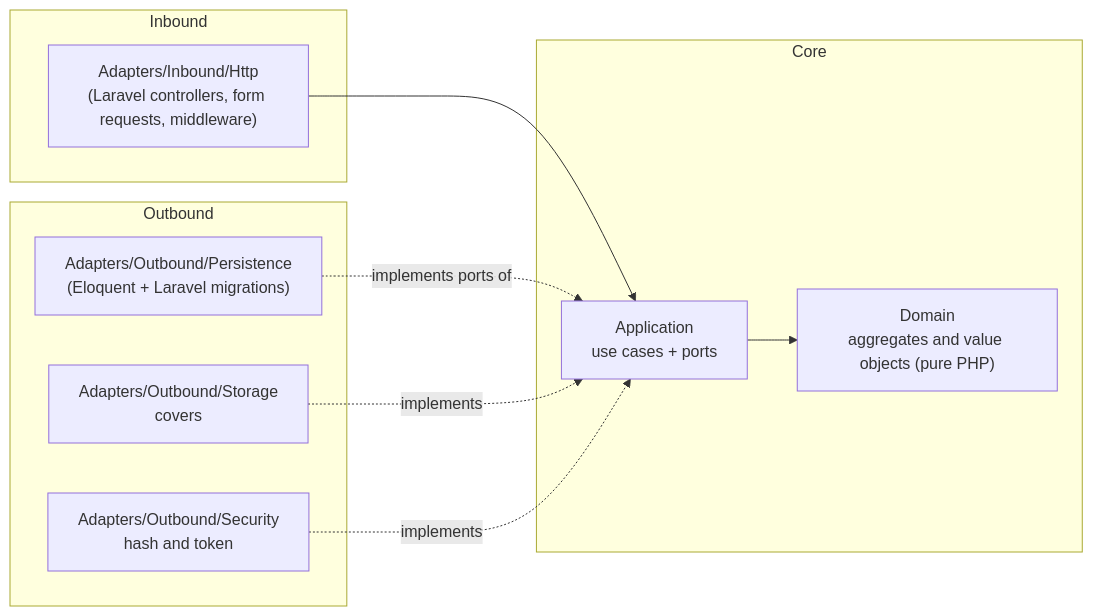
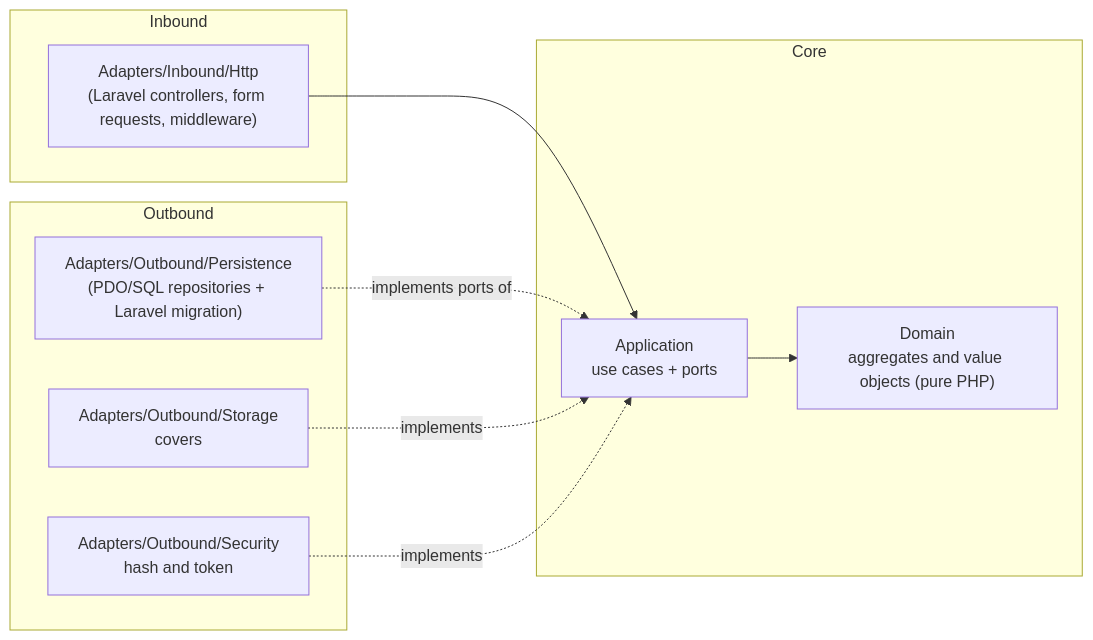
One commit to nicolerv18/test-manager-library-3145556-docs changed the first of 2 diagrams in spec-laravel-react/architecture.md. Above: the diagram before and after it, drawn with Mermaid. The commit also changed other lines of this file and 3 other files, not shown here.

````diff
--- a/spec-laravel-react/architecture.md
+++ b/spec-laravel-react/architecture.md
@@ -7,19 +7,19 @@
 ```mermaid
 flowchart LR
     subgraph Inbound
       HTTP["Adapters/Inbound/Http<br/>(Laravel controllers, form requests, middleware)"]
     end
     subgraph Core
       APP["Application<br/>use cases + ports"]
       DOM["Domain<br/>aggregates and value objects (pure PHP)"]
     end
     subgraph Outbound
-      DB["Adapters/Outbound/Persistence<br/>(Eloquent + Laravel migrations)"]
+      DB["Adapters/Outbound/Persistence<br/>(PDO/SQL repositories + Laravel migration)"]
       STO["Adapters/Outbound/Storage<br/>covers"]
       SEC["Adapters/Outbound/Security<br/>hash and token"]
     end
     HTTP --> APP --> DOM
     DB -. implements ports of .-> APP
     STO -. implements .-> APP
     SEC -. implements .-> APP
 ```
````
